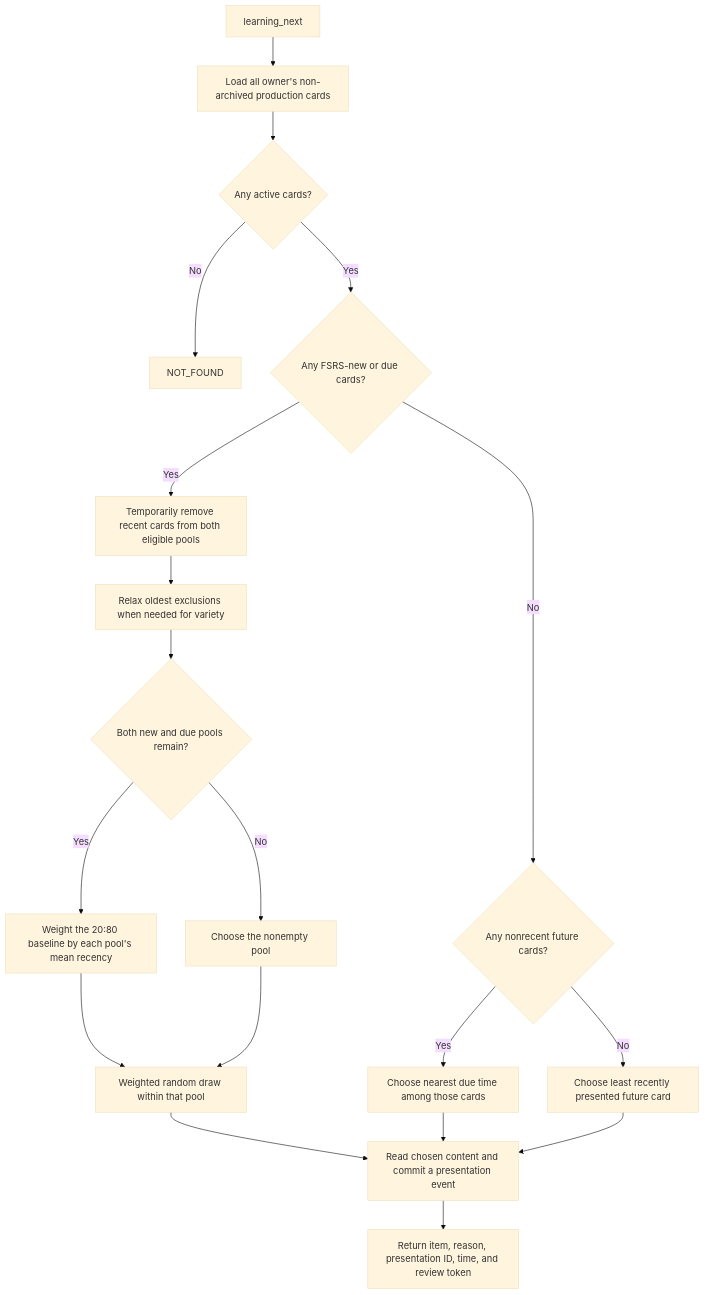
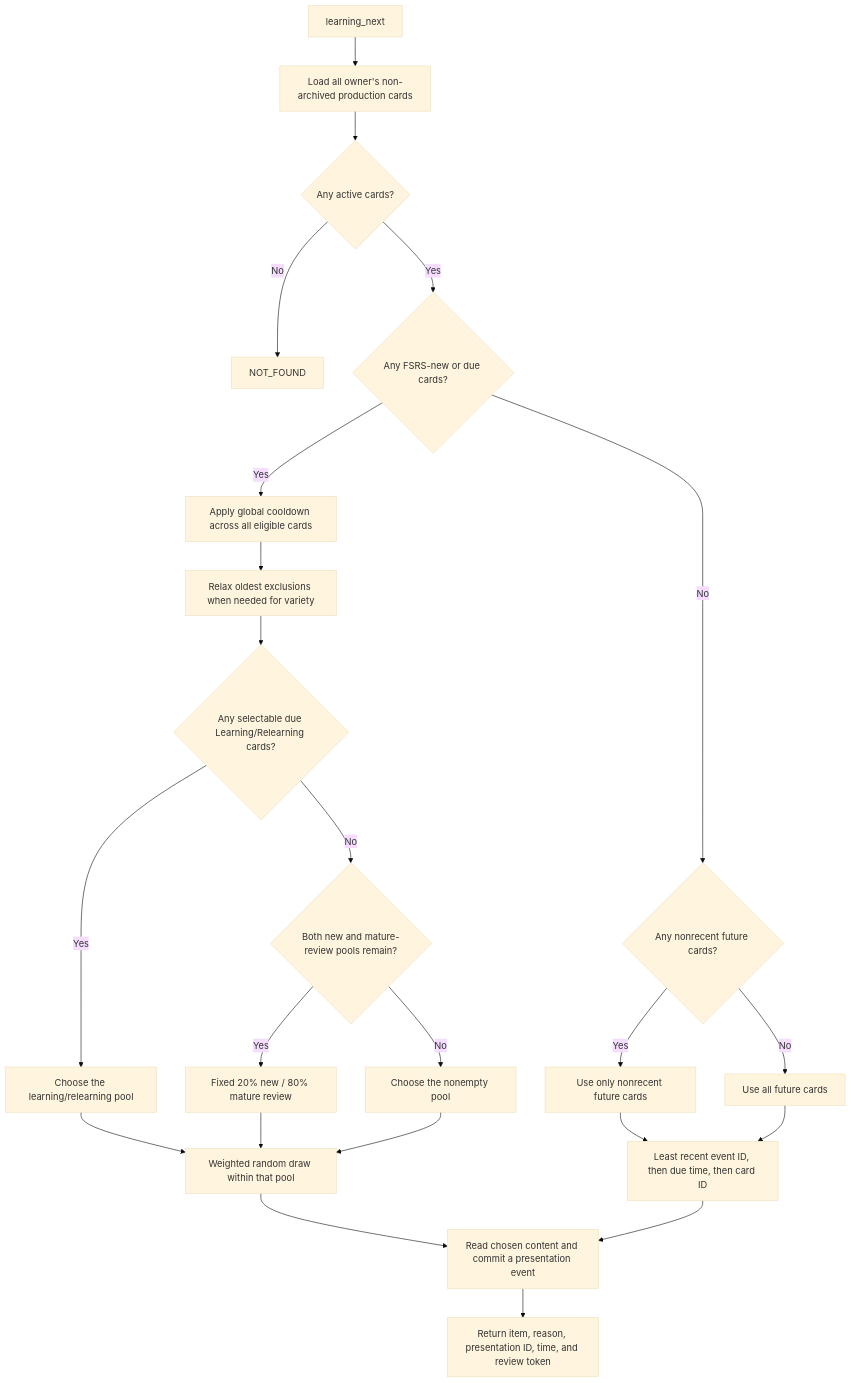
One commit to cjvnjde/chatgpt-english-mcp changed the third of 6 diagrams in docs/how-it-works.md. Above: the diagram before and after it, drawn with Mermaid (base theme). The commit also changed other lines of this file and 7 other files, not shown here.

````diff
--- a/docs/how-it-works.md
+++ b/docs/how-it-works.md
@@ -294,22 +294,26 @@
 ```mermaid
 flowchart TD
     Start["learning_next"] --> Load["Load all owner's non-archived production cards"]
     Load --> Any{"Any active cards?"}
     Any -->|"No"| Empty["NOT_FOUND"]
     Any -->|"Yes"| Eligible{"Any FSRS-new or due cards?"}
-    Eligible -->|"Yes"| Filter["Temporarily remove recent cards from both eligible pools"]
+    Eligible -->|"Yes"| Filter["Apply global cooldown across all eligible cards"]
     Filter --> Adapt["Relax oldest exclusions when needed for variety"]
-    Adapt --> Both{"Both new and due pools remain?"}
-    Both -->|"Yes"| Mix["Weight the 20:80 baseline by each pool's mean recency"]
+    Adapt --> Steps{"Any selectable due Learning/Relearning cards?"}
+    Steps -->|"Yes"| Learning["Choose the learning/relearning pool"]
+    Steps -->|"No"| Both{"Both new and mature-review pools remain?"}
+    Both -->|"Yes"| Mix["Fixed 20% new / 80% mature review"]
     Both -->|"No"| Only["Choose the nonempty pool"]
-    Mix --> Lottery["Weighted random draw within that pool"]
+    Learning --> Lottery["Weighted random draw within that pool"]
+    Mix --> Lottery
     Only --> Lottery
     Eligible -->|"No"| Future{"Any nonrecent future cards?"}
-    Future -->|"Yes"| Nearest["Choose nearest due time among those cards"]
-    Future -->|"No"| Oldest["Choose least recently presented future card"]
+    Future -->|"Yes"| Restrict["Use only nonrecent future cards"]
+    Future -->|"No"| All["Use all future cards"]
+    Restrict --> Oldest["Least recent event ID, then due time, then card ID"]
+    All --> Oldest
     Commit["Read chosen content and commit a presentation event"]
     Lottery --> Commit
-    Nearest --> Commit
     Oldest --> Commit
     Commit --> Return["Return item, reason, presentation ID, time, and review token"]
 ```
````
